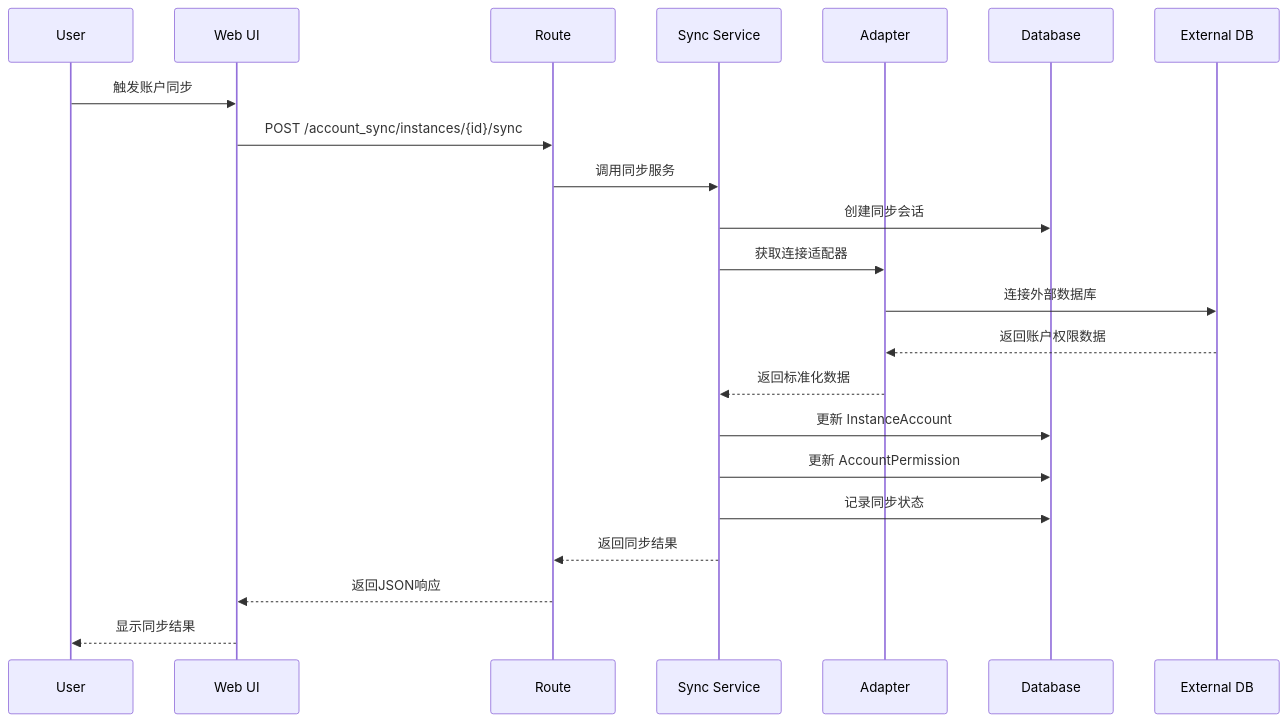
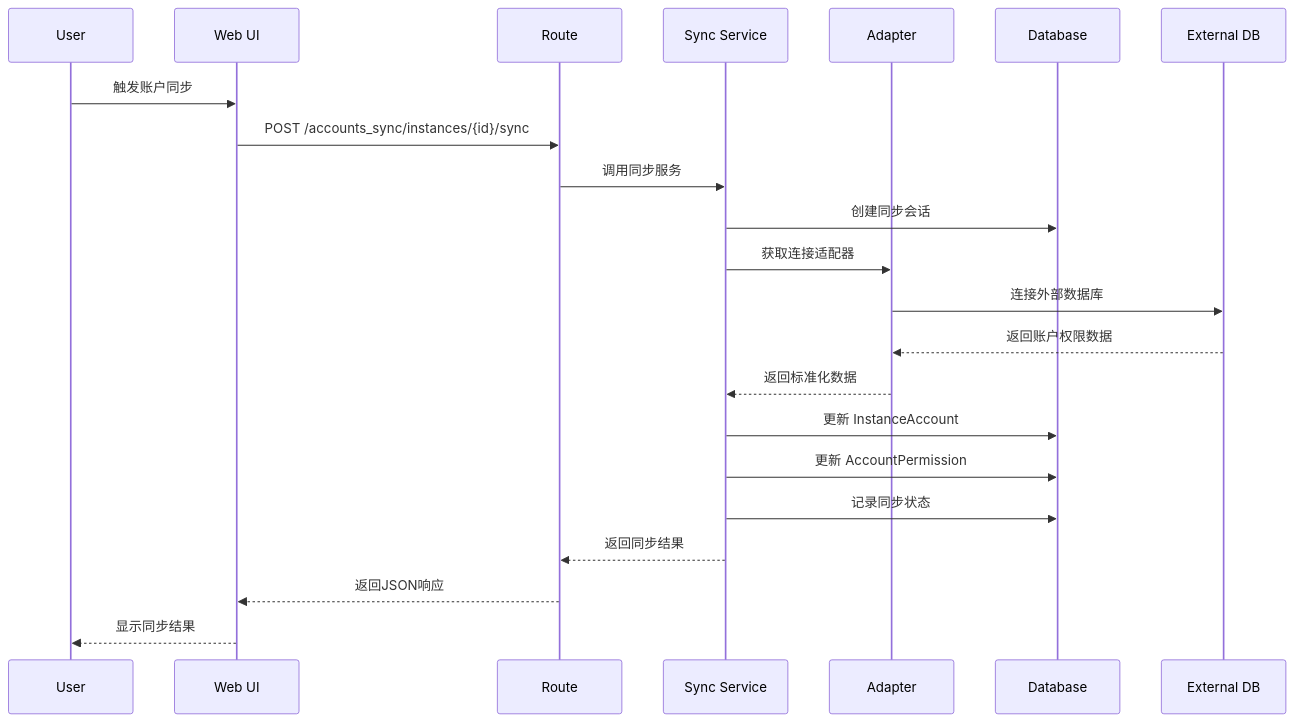
Before and after one commit to nyealovey/WhaleFall: the fourth of 11 diagrams in docs/architecture/spec.md, drawn with Mermaid. The commit also changed other lines of this file and 115 other files, not shown here.

Commit message:
refactor: rename account sync domain

````diff
--- a/docs/architecture/spec.md
+++ b/docs/architecture/spec.md
@@ -422,25 +422,25 @@
 ```mermaid
 sequenceDiagram
     participant U as User
     participant W as Web UI
     participant R as Route
     participant S as Sync Service
     participant A as Adapter
     participant D as Database
     participant E as External DB
     
     U->>W: 触发账户同步
-    W->>R: POST /account_sync/instances/{id}/sync
+    W->>R: POST /accounts_sync/instances/{id}/sync
     R->>S: 调用同步服务
     S->>D: 创建同步会话
     S->>A: 获取连接适配器
     A->>E: 连接外部数据库
     E-->>A: 返回账户权限数据
     A-->>S: 返回标准化数据
     S->>D: 更新 InstanceAccount
     S->>D: 更新 AccountPermission
     S->>D: 记录同步状态
     S-->>R: 返回同步结果
     R-->>W: 返回JSON响应
     W-->>U: 显示同步结果
 ```
````
